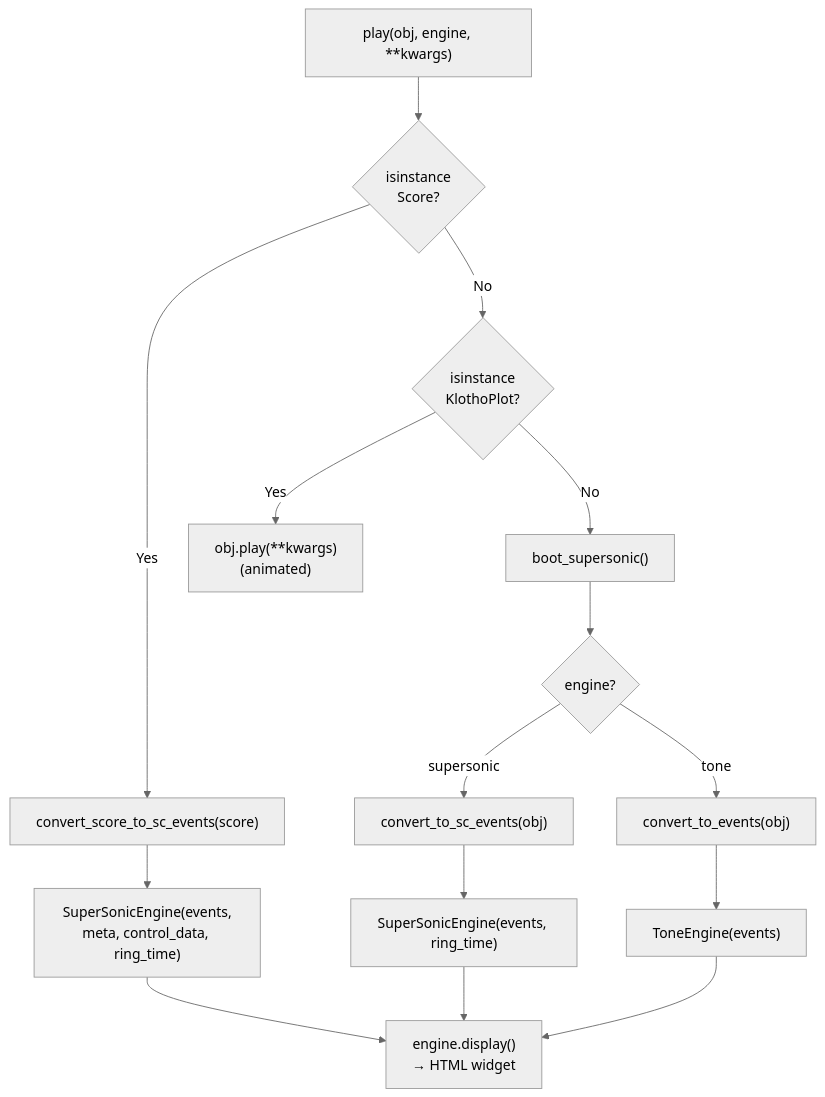
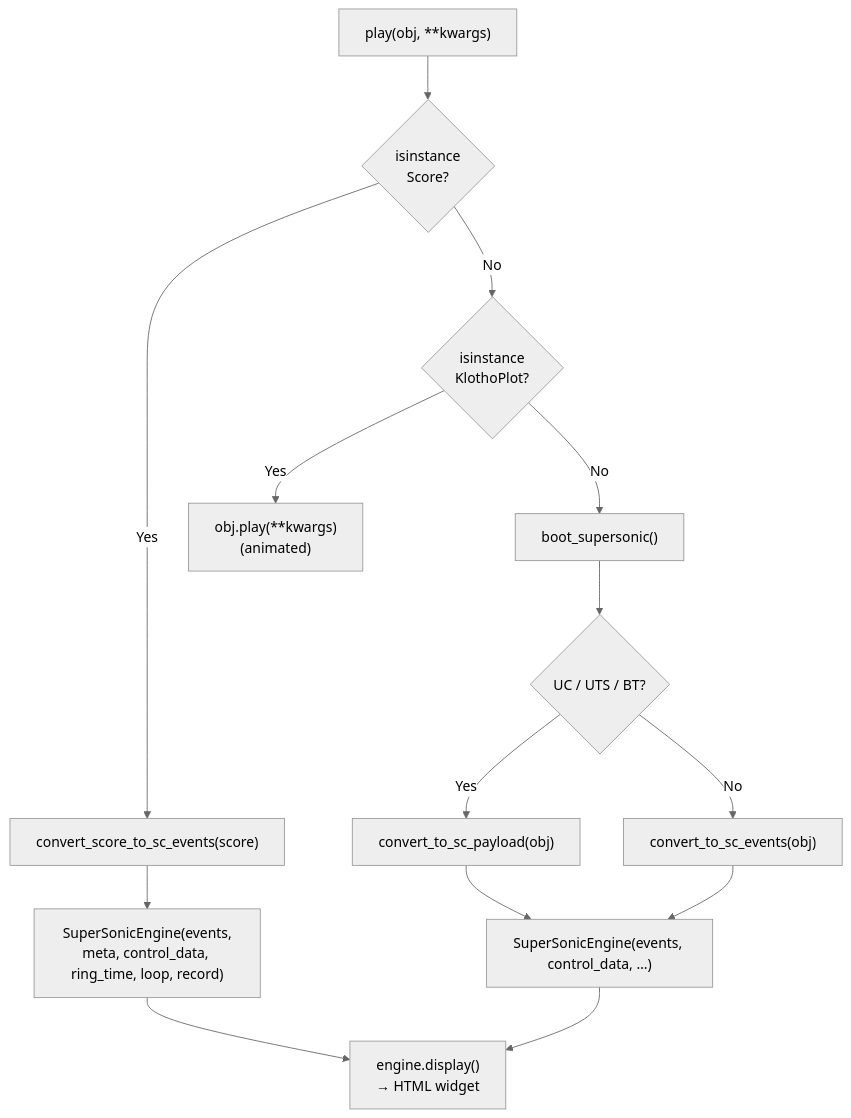
Before and after one commit to kr4g/Klotho: the first of 4 diagrams in docs/architecture/07_PLAYBACK.md, drawn with Mermaid (neutral theme). The commit also changed other lines of this file and 59 other files, not shown here.

````diff
--- a/docs/architecture/07_PLAYBACK.md
+++ b/docs/architecture/07_PLAYBACK.md
@@ -72,20 +80,17 @@
 ```mermaid
 flowchart TD
-    P["play(obj, engine, **kwargs)"] --> SCORE{"isinstance<br/>Score?"}
+    P["play(obj, **kwargs)"] --> SCORE{"isinstance<br/>Score?"}
     SCORE -->|Yes| S_CONV["convert_score_to_sc_events(score)"]
-    S_CONV --> S_ENG["SuperSonicEngine(events,<br/>meta, control_data, ring_time)"]
+    S_CONV --> S_ENG["SuperSonicEngine(events,<br/>meta, control_data, ring_time, loop, record)"]
     S_ENG --> DISP["engine.display()<br/>→ HTML widget"]
 
     SCORE -->|No| KP{"isinstance<br/>KlothoPlot?"}
     KP -->|Yes| KPLAY["obj.play(**kwargs)<br/>(animated)"]
     KP -->|No| BOOT["boot_supersonic()"]
-    BOOT --> ENG{"engine?"}
-
-    ENG -->|supersonic| SC_CONV["convert_to_sc_events(obj)"]
-    SC_CONV --> SC_ENG["SuperSonicEngine(events, ring_time)"]
+    BOOT --> UCQ{"UC / UTS / BT?"}
+    UCQ -->|Yes| PAYLOAD["convert_to_sc_payload(obj)"]
+    UCQ -->|No| SC_CONV["convert_to_sc_events(obj)"]
+    PAYLOAD --> SC_ENG["SuperSonicEngine(events, control_data, …)"]
+    SC_CONV --> SC_ENG
     SC_ENG --> DISP
-
-    ENG -->|tone| T_CONV["convert_to_events(obj)"]
-    T_CONV --> T_ENG["ToneEngine(events)"]
-    T_ENG --> DISP
 ```
````
